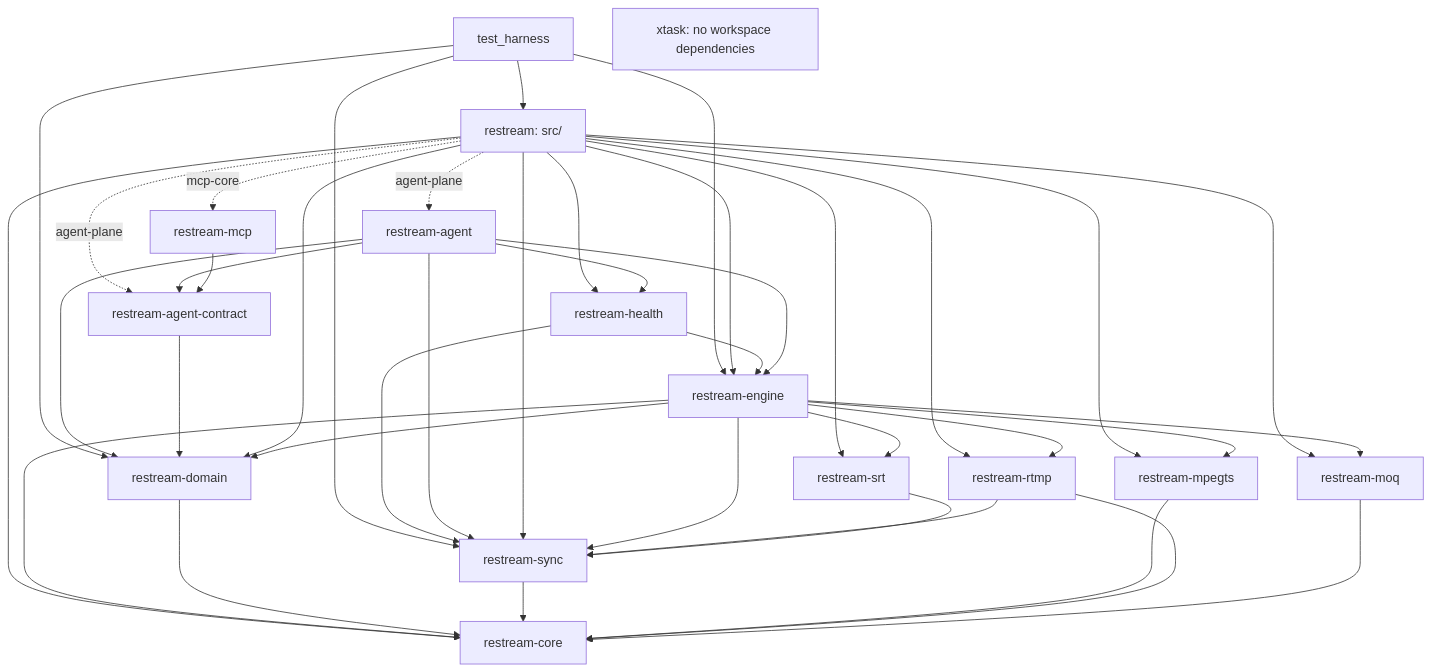
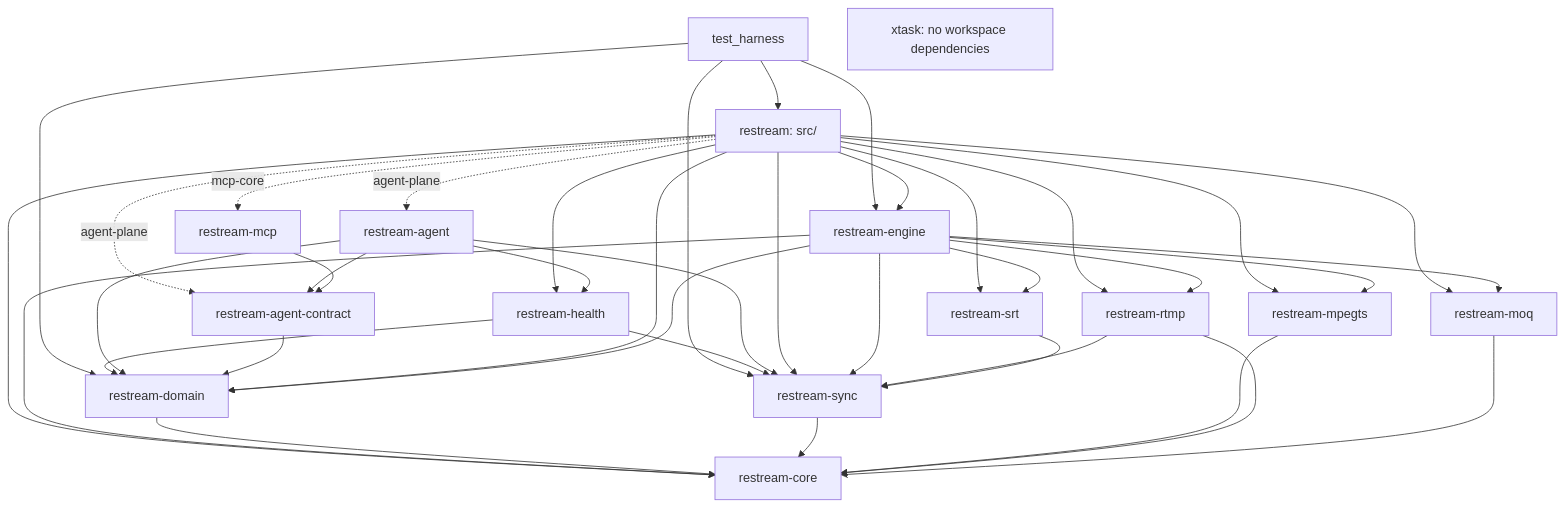
The third of 7 diagrams in docs/architecture.md (krsna1729/restream), drawn with Mermaid before and after one commit. The commit also changed other lines of this file and 29 other files, not shown here.

````diff
--- a/docs/architecture.md
+++ b/docs/architecture.md
@@ -116,43 +116,42 @@
 ```mermaid
 flowchart TD
     Harness["test_harness"] --> App["restream: src/"]
     Harness --> Engine
     Harness --> Domain
     Harness --> Sync
     App --> Engine["restream-engine"]
     App --> Health["restream-health"]
-    Health --> Engine
+    Health --> Domain
     Health --> Sync
     App -.->|"agent-plane"| Agent["restream-agent"]
     App -.->|"agent-plane"| Contract["restream-agent-contract"]
     Agent --> Contract
     Agent --> Health
-    Agent --> Engine
     Agent --> Domain
     Agent --> Sync
     App -.->|"mcp-core"| Mcp["restream-mcp"]
     Mcp --> Contract
     Contract --> Domain
     App --> Core["restream-core"]
     App --> Domain["restream-domain"]
     App --> Sync["restream-sync"]
     App --> Ts["restream-mpegts"]
     App --> Rtmp["restream-rtmp"]
     App --> Srt["restream-srt"]
     App --> Moq["restream-moq"]
     Engine --> Core
     Engine --> Domain
     Engine --> Sync
     Engine --> Ts
     Engine --> Rtmp
     Engine --> Srt
     Engine --> Moq
     Domain --> Core
     Sync --> Core
     Ts --> Core
     Rtmp --> Core
     Rtmp --> Sync
     Srt --> Sync
     Moq --> Core
     Xtask["xtask: no workspace dependencies"]
 ```
````
